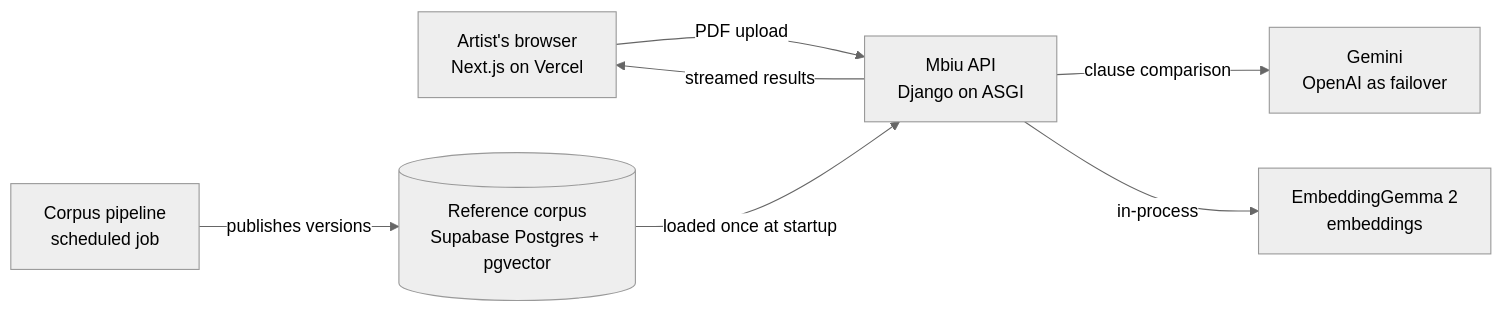
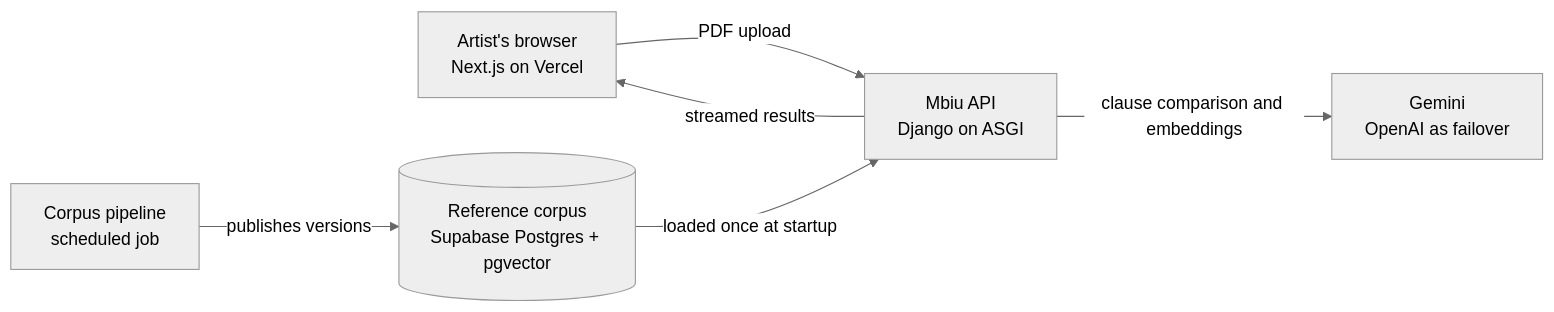
The diagram in README.md (mutuiris/mbiu), drawn with Mermaid (neutral theme) before and after one commit. The commit also changed other lines of this file and 26 other files, not shown here.

Commit message:
feat(retrieval): hybrid search, impact ordering and Gemini embeddings

````diff
--- a/README.md
+++ b/README.md
@@ -83,9 +83,8 @@
 ```mermaid
 flowchart LR
     A[Artist's browser<br/>Next.js on Vercel] -- PDF upload --> B[Mbiu API<br/>Django on ASGI]
     B -- streamed results --> A
-    B -- clause comparison --> G[Gemini<br/>OpenAI as failover]
-    B -- in-process --> E[EmbeddingGemma 2<br/>embeddings]
+    B -- clause comparison and embeddings --> G[Gemini<br/>OpenAI as failover]
     C[(Reference corpus<br/>Supabase Postgres + pgvector)] -- loaded once at startup --> B
     P[Corpus pipeline<br/>scheduled job] -- publishes versions --> C
 ```
````
